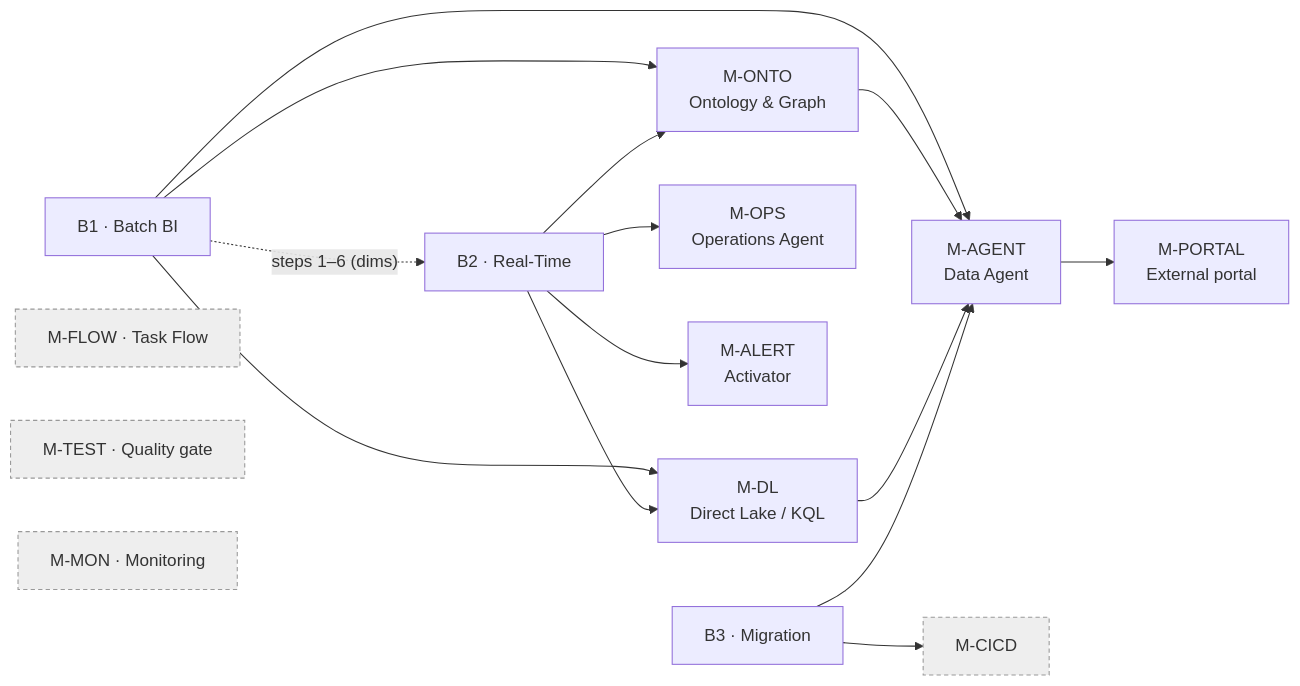
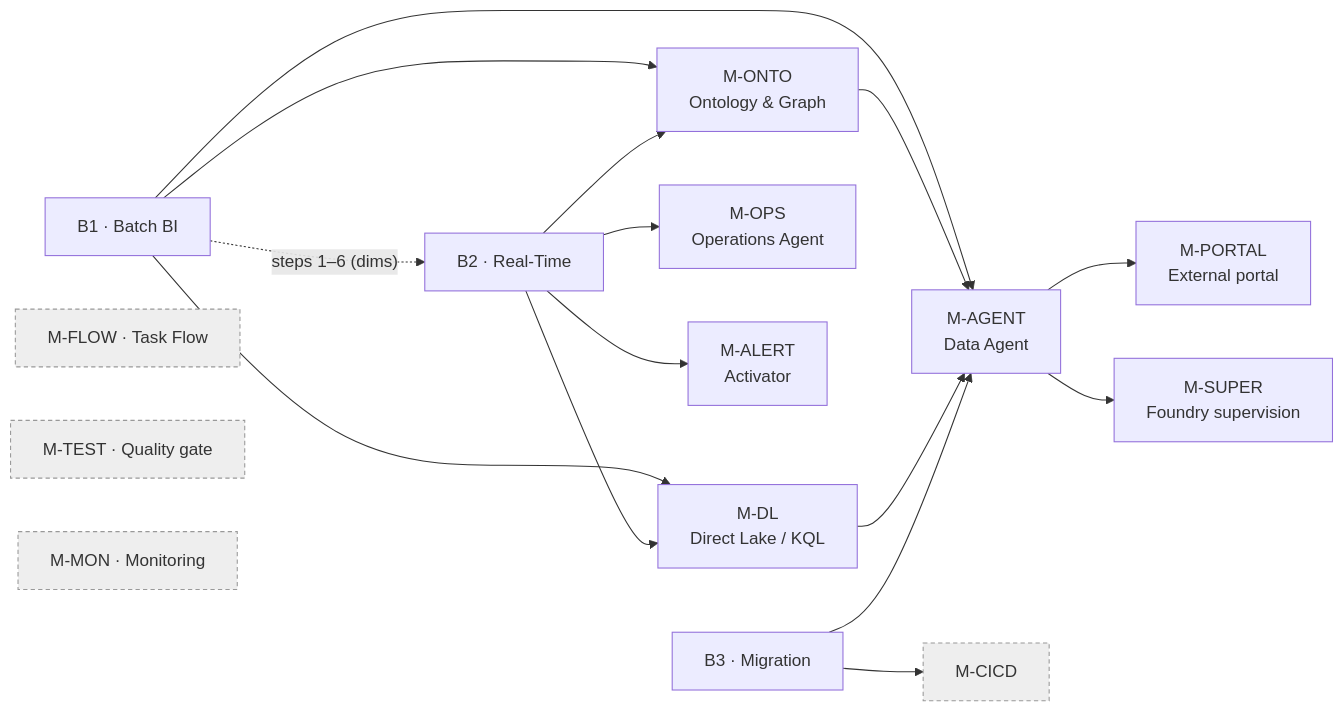
One commit to Statyx/Azure-Brain changed the diagram in Meta-Brain/SCENARIOS.md. Above: the diagram before and after it, drawn with Mermaid. The commit also changed other lines of this file and 10 other files, not shown here.

````diff
--- a/Meta-Brain/SCENARIOS.md
+++ b/Meta-Brain/SCENARIOS.md
@@ -311,22 +343,23 @@
 ```mermaid
 graph LR
     B1["B1 · Batch BI"] --> MONTO["M-ONTO<br/>Ontology & Graph"]
     B1 --> MAGENT["M-AGENT<br/>Data Agent"]
     B1 --> MDL["M-DL<br/>Direct Lake / KQL"]
     B1 -.->|"steps 1–6 (dims)"| B2["B2 · Real-Time"]
     B2 --> MONTO
     B2 --> MDL
     B2 --> MOPS["M-OPS<br/>Operations Agent"]
     B2 --> MALERT["M-ALERT<br/>Activator"]
     MONTO --> MAGENT
     MDL --> MAGENT
     MAGENT --> MPORTAL["M-PORTAL<br/>External portal"]
+    MAGENT --> MSUPER["M-SUPER<br/>Foundry supervision"]
     B3["B3 · Migration"] --> MAGENT
     B3 --> MCICD["M-CICD"]
 
     MFLOW["M-FLOW · Task Flow"]:::any
     MTEST["M-TEST · Quality gate"]:::any
     MMON["M-MON · Monitoring"]:::any
     class MCICD any
     classDef any fill:#eee,stroke:#999,stroke-dasharray: 4 3
 ```
````
